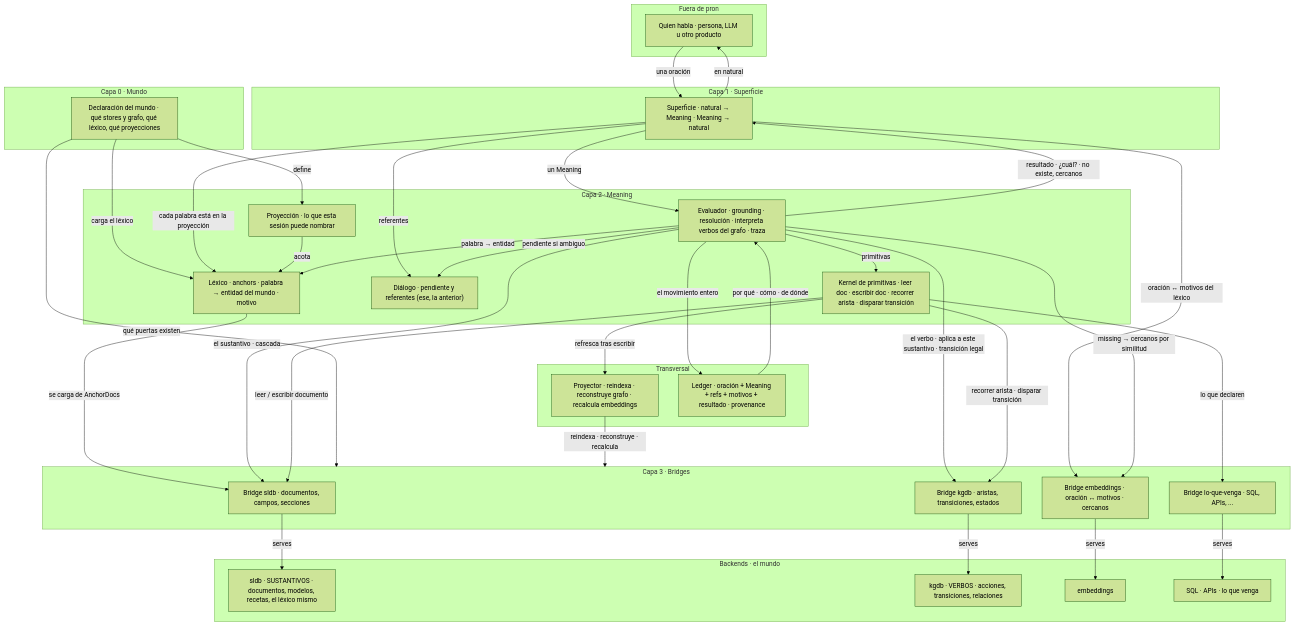
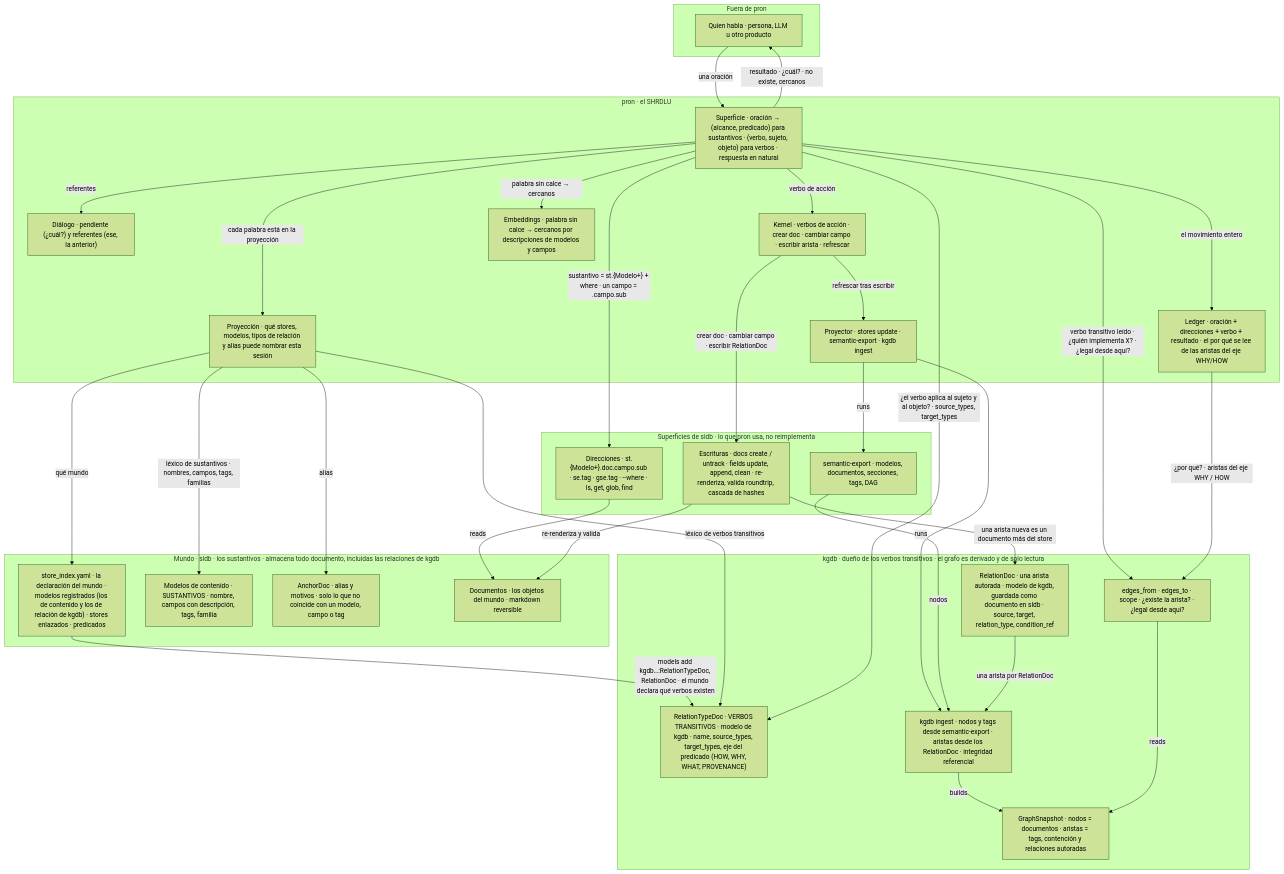
The diagram in views/spec2viz/out/mermaid/target.components.mmd (jpcosec/pron), drawn with Mermaid (forest theme) before and after one commit. The commit also changed 9 other files, not shown here.

First line of the commit message:
docs: target views corrected — nouns by address in sldb, relation models owned by kgdb, action verbs as sldb writes

```diff
--- a/views/spec2viz/out/mermaid/target.components.mmd
+++ b/views/spec2viz/out/mermaid/target.components.mmd
@@ -1,62 +1,58 @@
 graph TD
     subgraph afuera ["Fuera de pron"]
         hablante["Quien habla · persona, LLM u otro producto"]
     end
-    subgraph capa0 ["Capa 0 · Mundo"]
-        mundo["Declaración del mundo · qué stores y grafo, qué léxico, qué proyecciones"]
+    subgraph pron ["pron · el SHRDLU"]
+        superficie["Superficie · oración → (alcance, predicado) para sustantivos · (verbo, sujeto, objeto) para verbos · respuesta en natural"]
+        proyeccion["Proyección · qué stores, modelos, tipos de relación y alias puede nombrar esta sesión"]
+        dialogo["Diálogo · pendiente (¿cuál?) y referentes (ese, la anterior)"]
+        kernel["Kernel · verbos de acción · crear doc · cambiar campo · escribir arista · refrescar"]
+        embeddings["Embeddings · palabra sin calce → cercanos por descripciones de modelos y campos"]
+        ledger["Ledger · oración + direcciones + verbo + resultado · el por qué se lee de las aristas del eje WHY/HOW"]
+        proyector["Proyector · stores update · semantic-export · kgdb ingest"]
     end
-    subgraph capa1 ["Capa 1 · Superficie"]
-        superficie["Superficie · natural → Meaning · Meaning → natural"]
+    subgraph mundo ["Mundo · sldb · los sustantivos · almacena todo documento, incluidas las relaciones de kgdb"]
+        store_index["store_index.yaml · la declaración del mundo · modelos registrados (los de contenido y los de relación de kgdb) · stores enlazados · predicados"]
+        modelos["Modelos de contenido · SUSTANTIVOS · nombre, campos con descripción, tags, familia"]
+        anchors["AnchorDoc · alias y motivos · solo lo que no coincide con un modelo, campo o tag"]
+        docs["Documentos · los objetos del mundo · markdown reversible"]
     end
-    subgraph capa2 ["Capa 2 · Meaning"]
-        lexico["Léxico · anchors · palabra → entidad del mundo · motivo"]
-        proyeccion["Proyección · lo que esta sesión puede nombrar"]
-        dialogo["Diálogo · pendiente y referentes (ese, la anterior)"]
-        evaluador["Evaluador · grounding · resolución · interpreta verbos del grafo · traza"]
-        kernel["Kernel de primitivas · leer doc · escribir doc · recorrer arista · disparar transición"]
+    subgraph superficies ["Superficies de sldb · lo que pron usa, no reimplementa"]
+        addr["Direcciones · st.{Modelo+}.doc.campo.sub · se.tag · gse.tag · --where · ls, get, glob, find"]
+        writes["Escrituras · docs create / untrack · fields update, append, clean · re-renderiza, valida roundtrip, cascada de hashes"]
+        export["semantic-export · modelos, documentos, secciones, tags, DAG"]
     end
-    subgraph capa3 ["Capa 3 · Bridges"]
-        bridge_sldb["Bridge sldb · documentos, campos, secciones"]
-        bridge_kgdb["Bridge kgdb · aristas, transiciones, estados"]
-        bridge_emb["Bridge embeddings · oración ↔ motivos · cercanos"]
-        bridge_otros["Bridge lo-que-venga · SQL, APIs, ..."]
+    subgraph grafo ["kgdb · dueño de los verbos transitivos · el grafo es derivado y de solo lectura"]
+        reltypes["RelationTypeDoc · VERBOS TRANSITIVOS · modelo de kgdb · name, source_types, target_types, eje del predicado (HOW, WHY, WHAT, PROVENANCE)"]
+        relinst["RelationDoc · una arista autorada · modelo de kgdb, guardada como documento en sldb · source, target, relation_type, condition_ref"]
+        ingest["kgdb ingest · nodos y tags desde semantic-export · aristas desde los RelationDoc · integridad referencial"]
+        snapshot["GraphSnapshot · nodos = documentos · aristas = tags, contención y relaciones autoradas"]
+        traversal["edges_from · edges_to · scope · ¿existe la arista? · ¿legal desde aquí?"]
     end
-    subgraph transversal ["Transversal"]
-        proyector["Proyector · reindexa · reconstruye grafo · recalcula embeddings"]
-        ledger["Ledger · oración + Meaning + refs + motivos + resultado · provenance"]
-    end
-    subgraph backends ["Backends · el mundo"]
-        sldb["sldb · SUSTANTIVOS · documentos, modelos, recetas, el léxico mismo"]
-        kgdb["kgdb · VERBOS · acciones, transiciones, relaciones"]
-        embeddings["embeddings"]
-        otros["SQL · APIs · lo que venga"]
-    end
-    mundo -->|"carga el léxico"| lexico
-    mundo -->|"define"| proyeccion
-    mundo -->|"qué puertas existen"| capa3
     hablante -->|"una oración"| superficie
     superficie -->|"referentes"| dialogo
-    superficie -->|"oración ↔ motivos del léxico"| bridge_emb
-    superficie -->|"cada palabra está en la proyección"| lexico
-    proyeccion -->|"acota"| lexico
-    lexico -->|"se carga de AnchorDocs"| bridge_sldb
-    superficie -->|"un Meaning"| evaluador
-    evaluador -->|"palabra → entidad"| lexico
-    evaluador -->|"el sustantivo · cascada"| bridge_sldb
-    evaluador -->|"el verbo · aplica a este sustantivo · transición legal"| bridge_kgdb
-    evaluador -->|"missing → cercanos por similitud"| bridge_emb
-    evaluador -->|"pendiente si ambiguo"| dialogo
-    evaluador -->|"primitivas"| kernel
-    kernel -->|"leer / escribir documento"| bridge_sldb
-    kernel -->|"recorrer arista · disparar transición"| bridge_kgdb
-    kernel -->|"lo que declaren"| bridge_otros
-    kernel -->|"refresca tras escribir"| proyector
-    proyector -->|"reindexa · reconstruye · recalcula"| capa3
-    bridge_sldb -->|"serves"| sldb
-    bridge_kgdb -->|"serves"| kgdb
-    bridge_emb -->|"serves"| embeddings
-    bridge_otros -->|"serves"| otros
-    evaluador -->|"el movimiento entero"| ledger
-    ledger -->|"por qué · cómo · de dónde"| evaluador
-    evaluador -->|"resultado · ¿cuál? · no existe, cercanos"| superficie
-    superficie -->|"en natural"| hablante
+    superficie -->|"cada palabra está en la proyección"| proyeccion
+    proyeccion -->|"qué mundo"| store_index
+    proyeccion -->|"léxico de sustantivos · nombres, campos, tags, familias"| modelos
+    store_index -->|"models add kgdb…:RelationTypeDoc, RelationDoc · el mundo declara qué verbos existen"| reltypes
+    proyeccion -->|"léxico de verbos transitivos"| reltypes
+    proyeccion -->|"alias"| anchors
+    superficie -->|"palabra sin calce → cercanos"| embeddings
+    superficie -->|"sustantivo = st.{Modelo+} + where · un campo = .campo.sub"| addr
+    addr -->|"reads"| docs
+    superficie -->|"¿el verbo aplica al sujeto y al objeto? · source_types, target_types"| reltypes
+    superficie -->|"verbo transitivo leído · ¿quién implementa X? · ¿legal desde aquí?"| traversal
+    superficie -->|"verbo de acción"| kernel
+    kernel -->|"crear doc · cambiar campo · escribir RelationDoc"| writes
+    writes -->|"re-renderiza y valida"| docs
+    writes -->|"una arista nueva es un documento más del store"| relinst
+    kernel -->|"refrescar tras escribir"| proyector
+    proyector -->|"runs"| export
+    proyector -->|"runs"| ingest
+    export -->|"nodos"| ingest
+    relinst -->|"una arista por RelationDoc"| ingest
+    ingest -->|"builds"| snapshot
+    traversal -->|"reads"| snapshot
+    superficie -->|"el movimiento entero"| ledger
+    ledger -->|"¿por qué? · aristas del eje WHY / HOW"| traversal
+    superficie -->|"resultado · ¿cuál? · no existe, cercanos"| hablante
```
